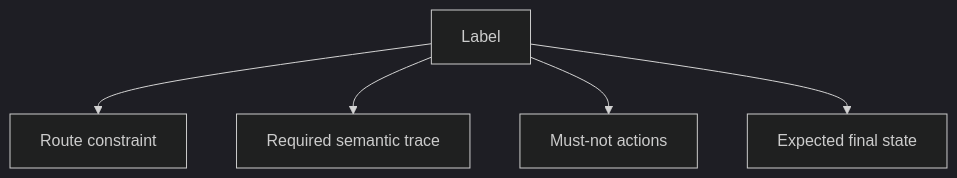
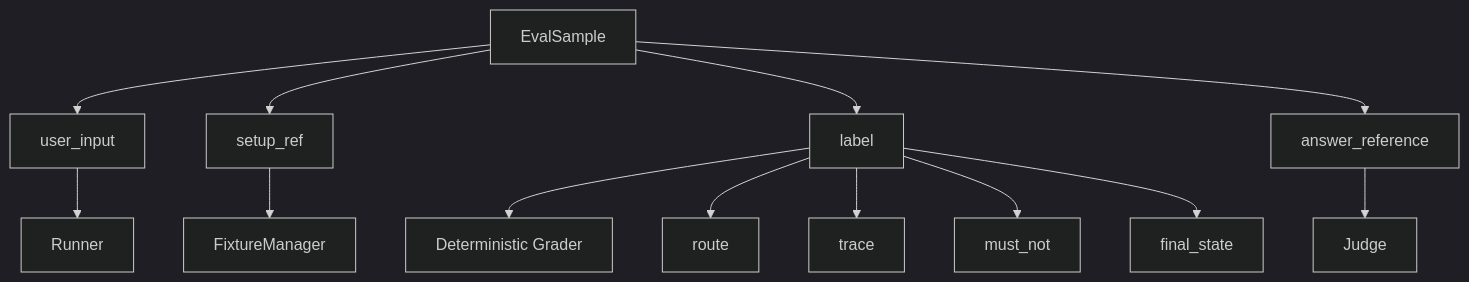
Before and after one commit to Arthur999459up/GitAgent: the second of 14 diagrams in docs/14-evaluation-design.md, drawn with Mermaid (dark theme). The commit also changed other lines of this file and 16 other files, not shown here.

````diff
--- a/docs/14-evaluation-design.md
+++ b/docs/14-evaluation-design.md
@@ -115,7 +121,17 @@
 ```mermaid
 flowchart TD
-    L[Label] --> R[Route constraint]
-    L --> T[Required semantic trace]
-    L --> N[Must-not actions]
-    L --> S[Expected final state]
+    S[EvalSample] --> U[user_input]
+    S --> SETUP[setup_ref]
+    S --> L[label]
+    S --> AR[answer_reference]
+
+    SETUP --> F[FixtureManager]
+    U --> R[Runner]
+    L --> G[Deterministic Grader]
+    AR --> J[Judge]
+
+    L --> ROUTE[route]
+    L --> TRACE[trace]
+    L --> NO[must_not]
+    L --> STATE[final_state]
 ```
````
